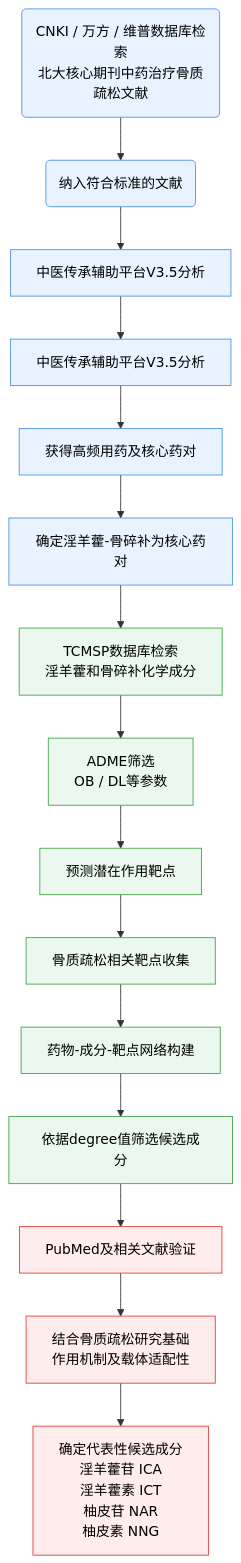
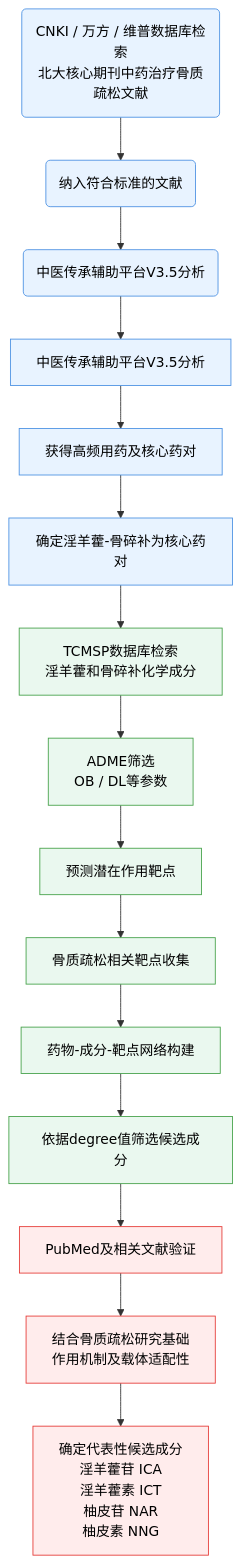
One commit to Yaotian99/iodraw-files changed the diagram in all/未命名-1.md. Above: the diagram before and after it, drawn with Mermaid.

Commit message:
2026-06-24 08:56:10 update

````diff
--- a/all/未命名-1.md
+++ b/all/未命名-1.md
@@ -1,29 +1,29 @@
 ```mermaid
 graph TD
 
 A1(CNKI / 万方 / 维普数据库检索<br/>北大核心期刊中药治疗骨质疏松文献) --> A2(纳入符合标准的文献)
-A2 --> A3[中医传承辅助平台V3.5分析]
+A2 --> A3(中医传承辅助平台V3.5分析)
 A3 --> A4[中医传承辅助平台V3.5分析]
 A4 --> A5[获得高频用药及核心药对]
 A5 --> A6[确定淫羊藿-骨碎补为核心药对]
 
 A6 --> B1[TCMSP数据库检索<br/>淫羊藿和骨碎补化学成分]
 B1 --> B2[ADME筛选<br/>OB / DL等参数]
 B2 --> B3[预测潜在作用靶点]
 B3 --> B4[骨质疏松相关靶点收集]
 B4 --> B5[药物-成分-靶点网络构建]
 B5 --> B6[依据degree值筛选候选成分]
 
 B6 --> C1[PubMed及相关文献验证]
 C1 --> C2[结合骨质疏松研究基础<br/>作用机制及载体适配性]
 C2 --> C3[确定代表性候选成分<br/>淫羊藿苷 ICA<br/>淫羊藿素 ICT<br/>柚皮苷 NAR<br/>柚皮素 NNG]
 
 classDef basis fill:#E8F3FF,stroke:#4A90E2,stroke-width:1px,color:#000;
 classDef network fill:#EAF8EF,stroke:#43A047,stroke-width:1px,color:#000;
 classDef result fill:#FFECEC,stroke:#E53935,stroke-width:1px,color:#000;
 
 class A1,A2,A3,A4,A5,A6 basis;
 class B1,B2,B3,B4,B5,B6 network;
 class C1,C2,C3 result;
   
 ```
````
